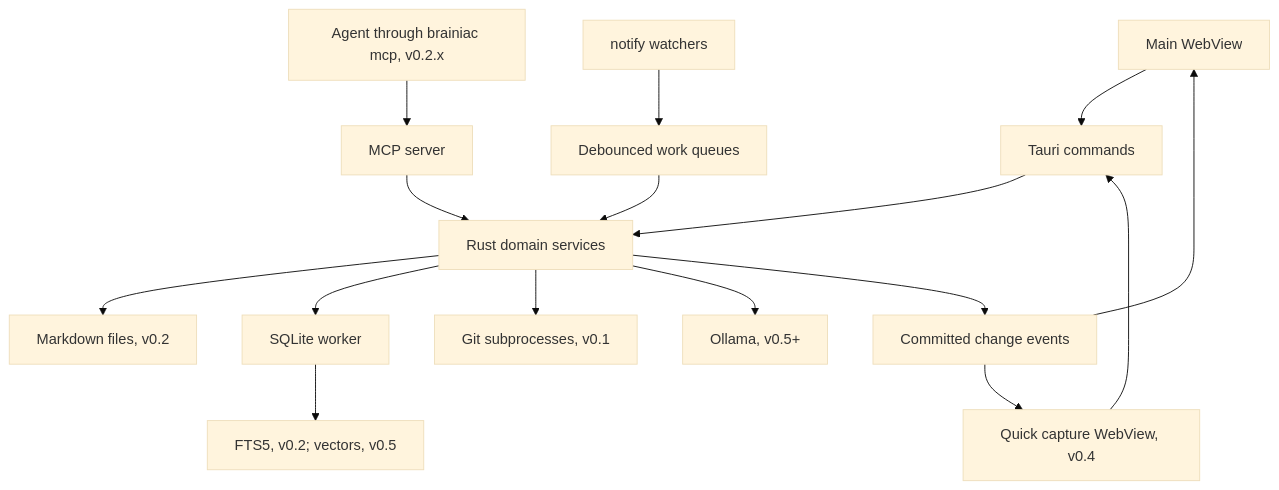
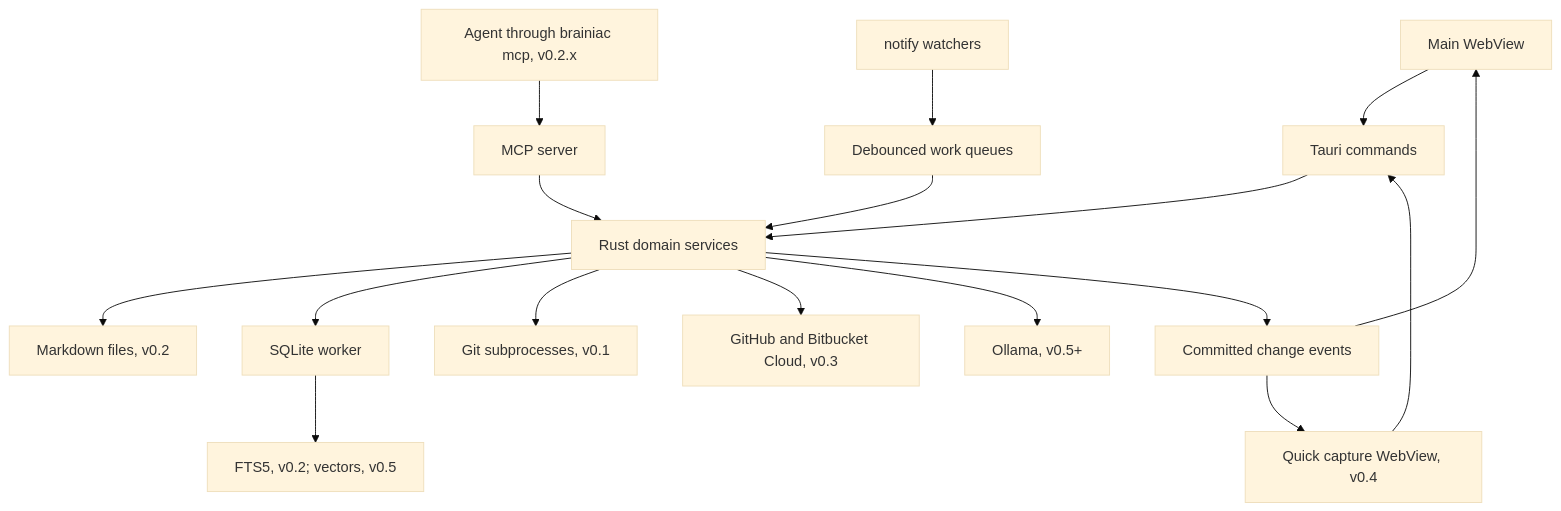
The first of 2 diagrams in docs/architecture.md (B87/brainiac), drawn with Mermaid (base theme) before and after one commit. The commit also changed other lines of this file and 3 other files, not shown here.

First line of the commit message:
Start v0.3: pull request design moves into SPEC and architecture

````diff
--- a/docs/architecture.md
+++ b/docs/architecture.md
@@ -36,18 +38,19 @@
 ```mermaid
 flowchart TD
     Main[Main WebView] --> IPC[Tauri commands]
     Agent[Agent through brainiac mcp, v0.2.x] --> MCP[MCP server]
     MCP --> Services
     Capture[Quick capture WebView, v0.4] --> IPC
     IPC --> Services[Rust domain services]
     Services --> Files[Markdown files, v0.2]
     Services --> DB[SQLite worker]
     Watch[notify watchers] --> Queue[Debounced work queues]
     Queue --> Services
     Services --> Git[Git subprocesses, v0.1]
+    Services --> Forges[GitHub and Bitbucket Cloud, v0.3]
     Services --> AI[Ollama, v0.5+]
     DB --> Search[FTS5, v0.2; vectors, v0.5]
     Services --> Events[Committed change events]
     Events --> Main
     Events --> Capture
 ```
````
